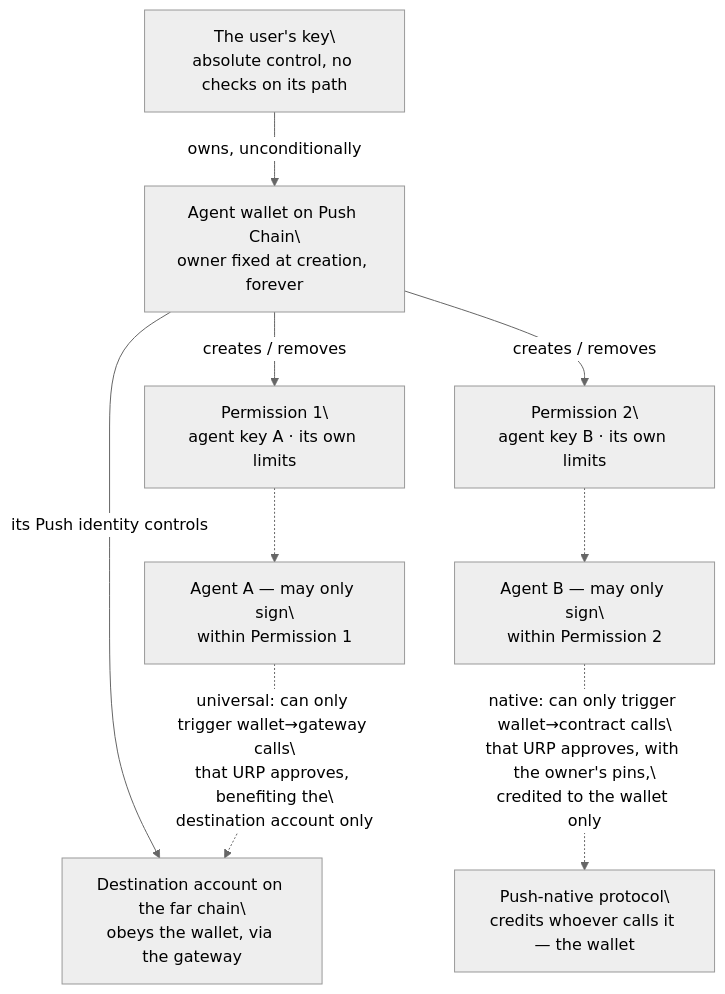
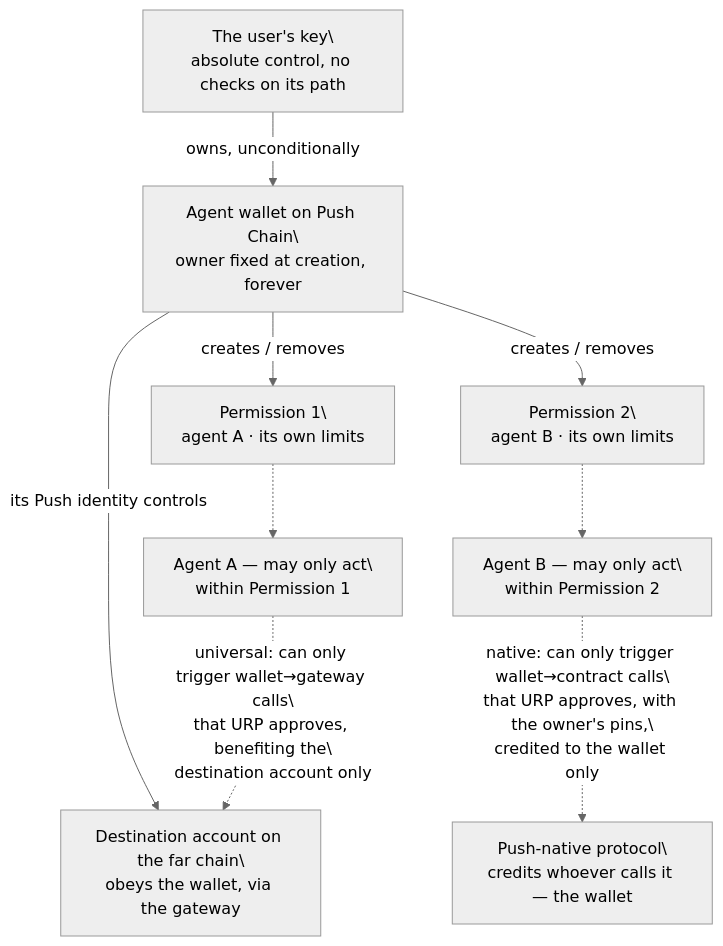
Before and after one commit to HusseinAdeiza/push-agentic-wallets: the second of 4 diagrams in docs/1_AGW.md, drawn with Mermaid (neutral theme). The commit also changed other lines of this file and 33 other files, not shown here.

````diff
--- a/docs/1_AGW.md
+++ b/docs/1_AGW.md
@@ -171,32 +168,32 @@
 ```mermaid
 flowchart TB
   KEY["The user's key\
 absolute control, no checks on its path"]
   W["Agent wallet on Push Chain\
 owner fixed at creation, forever"]
   P1["Permission 1\
-agent key A · its own limits"]
+agent A · its own limits"]
   P2["Permission 2\
-agent key B · its own limits"]
+agent B · its own limits"]
   CEA["Destination account on the far chain\
 obeys the wallet, via the gateway"]
   NP["Push-native protocol\
 credits whoever calls it — the wallet"]
-  A1["Agent A — may only sign\
+  A1["Agent A — may only act\
 within Permission 1"]
-  A2["Agent B — may only sign\
+  A2["Agent B — may only act\
 within Permission 2"]
 
   KEY -- "owns, unconditionally" --> W
   W -- "creates / removes" --> P1
   W -- "creates / removes" --> P2
   P1 -.-> A1
   P2 -.-> A2
   W -- "its Push identity controls" --> CEA
   A1 -. "universal: can only trigger wallet→gateway calls\
 that URP approves, benefiting the\
 destination account only" .-> CEA
   A2 -. "native: can only trigger wallet→contract calls\
 that URP approves, with the owner's pins,\
 credited to the wallet only" .-> NP
 ```
````
